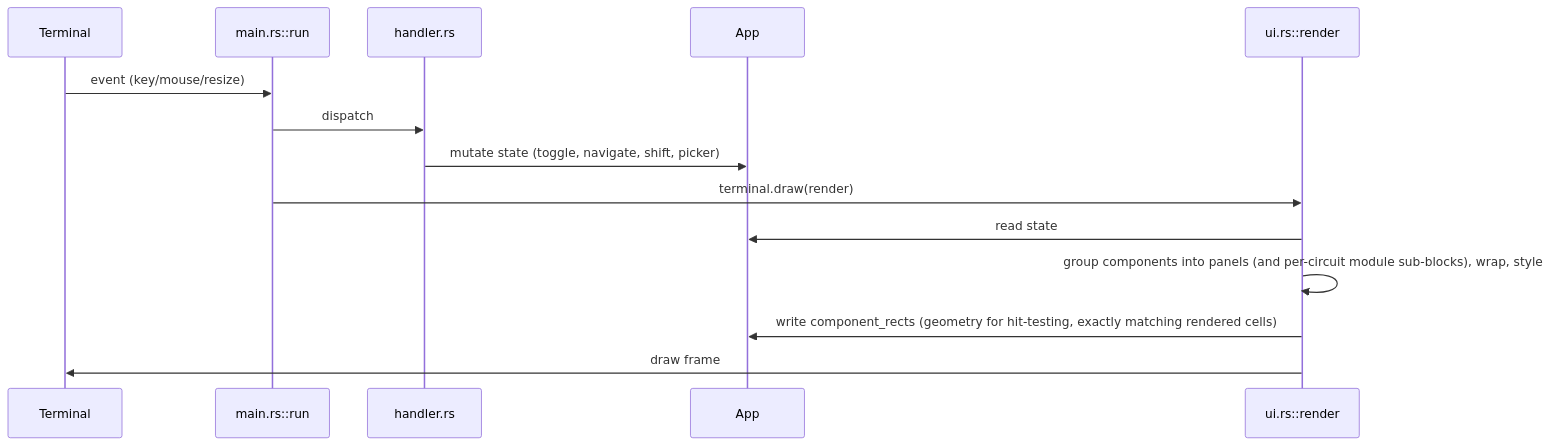
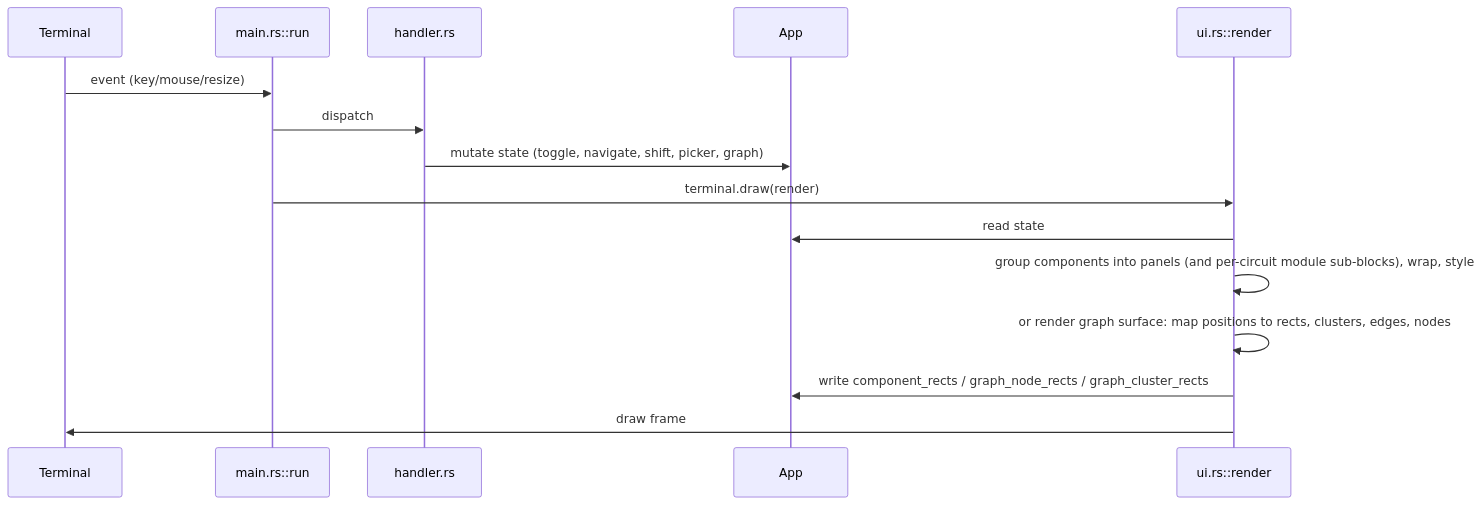
The second of 3 diagrams in ARCHITECTURE.md (moonstruxx/droid-buddy), drawn with Mermaid before and after one commit. The commit also changed other lines of this file and 2 other files, not shown here.

````diff
--- a/ARCHITECTURE.md
+++ b/ARCHITECTURE.md
@@ -99,16 +132,17 @@
 ```mermaid
 sequenceDiagram
     participant T as Terminal
     participant L as main.rs::run
     participant H as handler.rs
     participant A as App
     participant U as ui.rs::render
     T->>L: event (key/mouse/resize)
     L->>H: dispatch
-    H->>A: mutate state (toggle, navigate, shift, picker)
+    H->>A: mutate state (toggle, navigate, shift, picker, graph)
     L->>U: terminal.draw(render)
     U->>A: read state
     U->>U: group components into panels (and per-circuit module sub-blocks), wrap, style
-    U->>A: write component_rects (geometry for hit-testing, exactly matching rendered cells)
+    U->>U: or render graph surface: map positions to rects, clusters, edges, nodes
+    U->>A: write component_rects / graph_node_rects / graph_cluster_rects
     U->>T: draw frame
 ```
````
